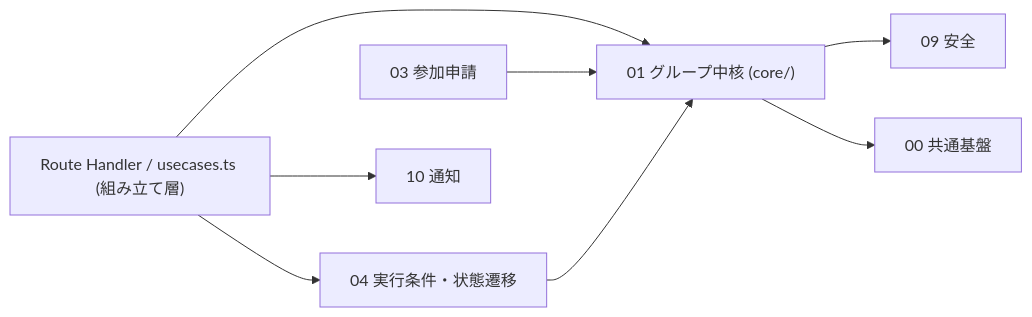
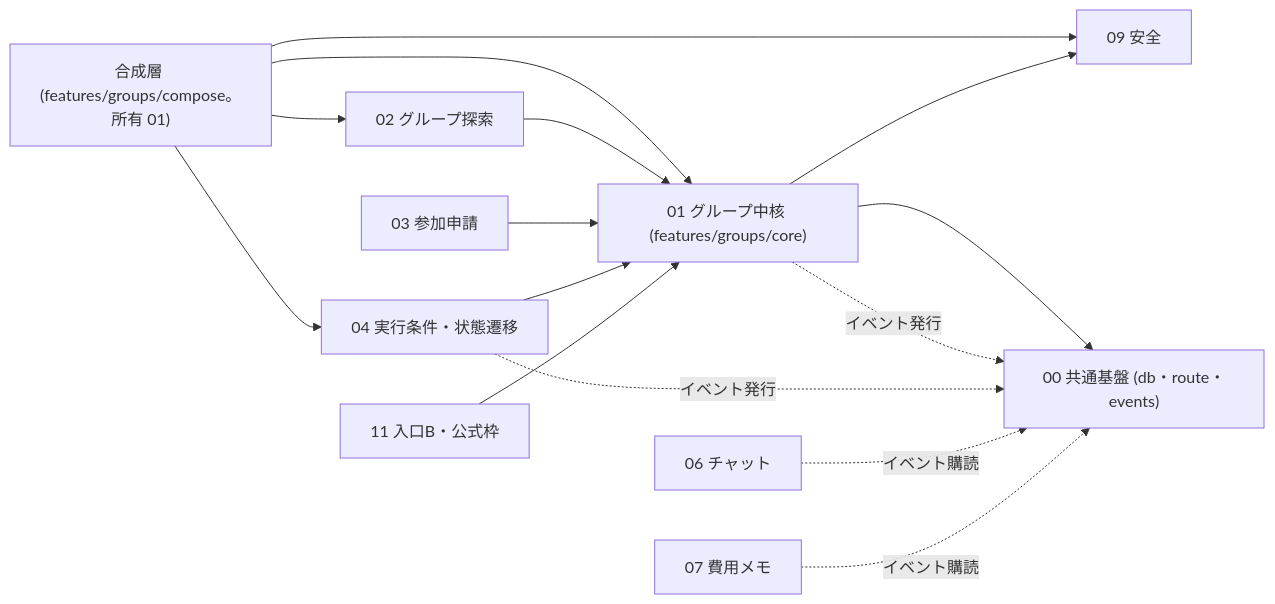
Before and after one commit to masahirosako1005/MC-006: the first of 3 diagrams in docs/feature/01-group-core.md, drawn with Mermaid. The commit also changed other lines of this file and 34 other files, not shown here.

````diff
--- a/docs/feature/01-group-core.md
+++ b/docs/feature/01-group-core.md
@@ -19,17 +20,27 @@
 ```mermaid
 flowchart LR
-  RH["Route Handler / usecases.ts (組み立て層)"]
-  M01["01 グループ中核 (core/)"]
+  CL["合成層 (features/groups/compose。所有 01)"]
+  M01["01 グループ中核 (features/groups/core)"]
+  M02["02 グループ探索"]
+  M03["03 参加申請"]
   M04["04 実行条件・状態遷移"]
-  M03["03 参加申請"]
-  M10["10 通知"]
+  M06["06 チャット"]
+  M07["07 費用メモ"]
   M09["09 安全"]
-  M00["00 共通基盤"]
-  RH --> M01
-  RH --> M04
-  RH --> M10
+  M11["11 入口B・公式枠"]
+  M00["00 共通基盤 (db・route・events)"]
+  CL --> M01
+  CL --> M02
+  CL --> M04
+  CL --> M09
+  M02 --> M01
   M03 --> M01
   M04 --> M01
+  M11 --> M01
   M01 --> M09
   M01 --> M00
+  M01 -. "イベント発行" .-> M00
+  M04 -. "イベント発行" .-> M00
+  M06 -. "イベント購読" .-> M00
+  M07 -. "イベント購読" .-> M00
 ```
````
